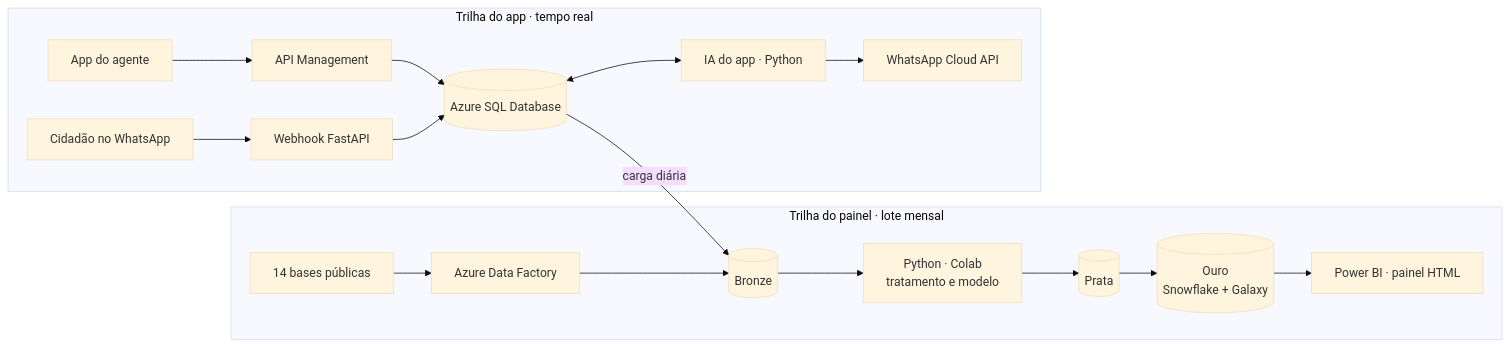
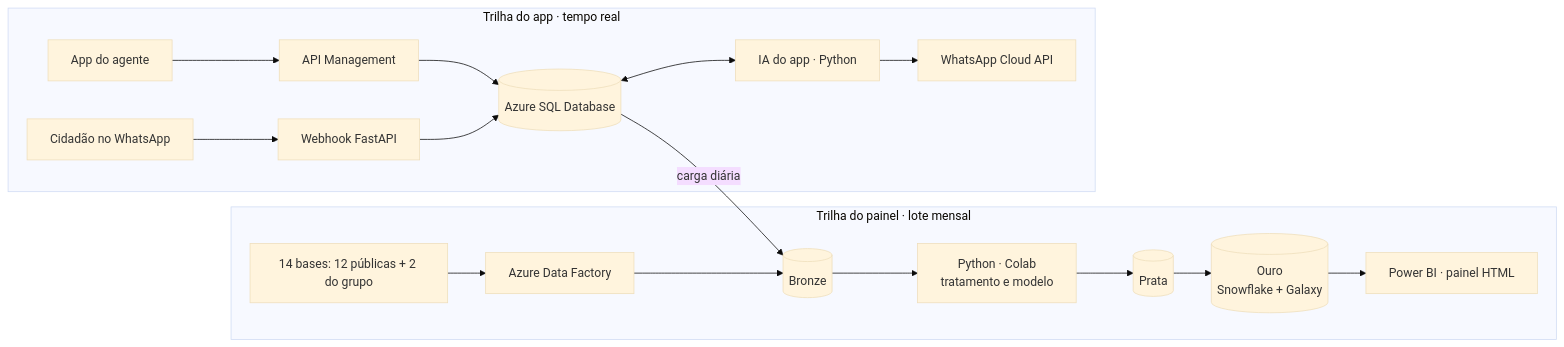
Before and after one commit to Karen-Akemi/Caminho_dos_direitos: the diagram in arquitetura/README.md, drawn with Mermaid (base theme). The commit also changed other lines of this file and 5 other files, not shown here.

````diff
--- a/arquitetura/README.md
+++ b/arquitetura/README.md
@@ -28,18 +28,18 @@
 ```mermaid
 flowchart LR
     subgraph P[Trilha do painel · lote mensal]
-        A[14 bases públicas] --> B[Azure Data Factory]
+        A[14 bases: 12 públicas + 2 do grupo] --> B[Azure Data Factory]
         B --> C[(Bronze)]
         C --> D[Python · Colab<br>tratamento e modelo]
         D --> E[(Prata)] --> F[(Ouro<br>Snowflake + Galaxy)]
         F --> G[Power BI · painel HTML]
     end
     subgraph App[Trilha do app · tempo real]
         H[App do agente] --> I[API Management]
         I --> J[(Azure SQL Database)]
         J <--> K[IA do app · Python]
         K --> L[WhatsApp Cloud API]
         M[Cidadão no WhatsApp] --> N[Webhook FastAPI] --> J
     end
     J -->|carga diária| C
 ```
````
